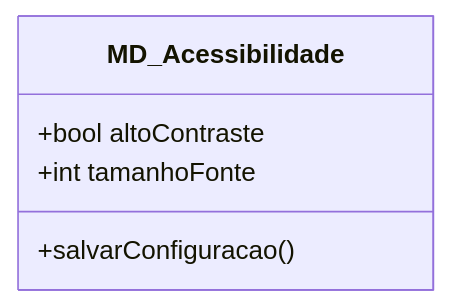
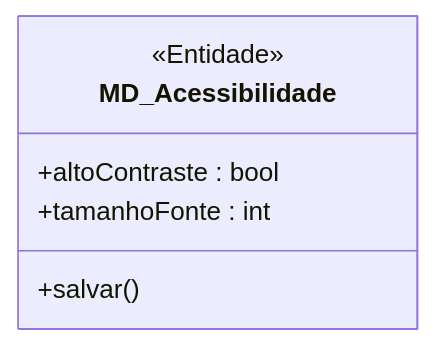
The first of 2 diagrams in PIM_III/02_Modelagem_UML_Astah/UC15_Ajustar_Acessibilidade/README.md (MayconDIS/PIM_III-Documentacao_UML), drawn with Mermaid before and after one commit. The commit also changed other lines of this file and 17 other files, not shown here.

````diff
--- a/PIM_III/02_Modelagem_UML_Astah/UC15_Ajustar_Acessibilidade/README.md
+++ b/PIM_III/02_Modelagem_UML_Astah/UC15_Ajustar_Acessibilidade/README.md
@@ -31,8 +28,9 @@
 ```mermaid
 classDiagram
     class MD_Acessibilidade {
-        +bool altoContraste
-        +int tamanhoFonte
-        +salvarConfiguracao()
+        <<Entidade>>
+        +altoContraste : bool
+        +tamanhoFonte : int
+        +salvar()
     }
 ```
````
